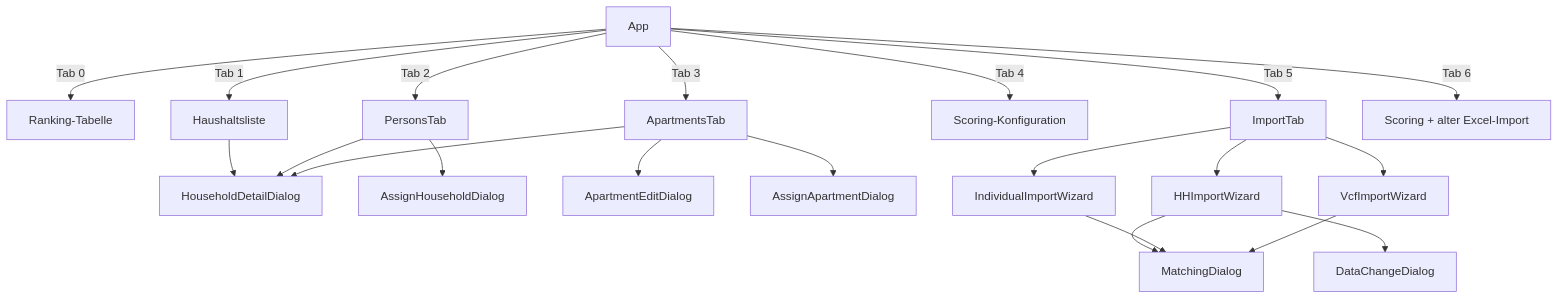
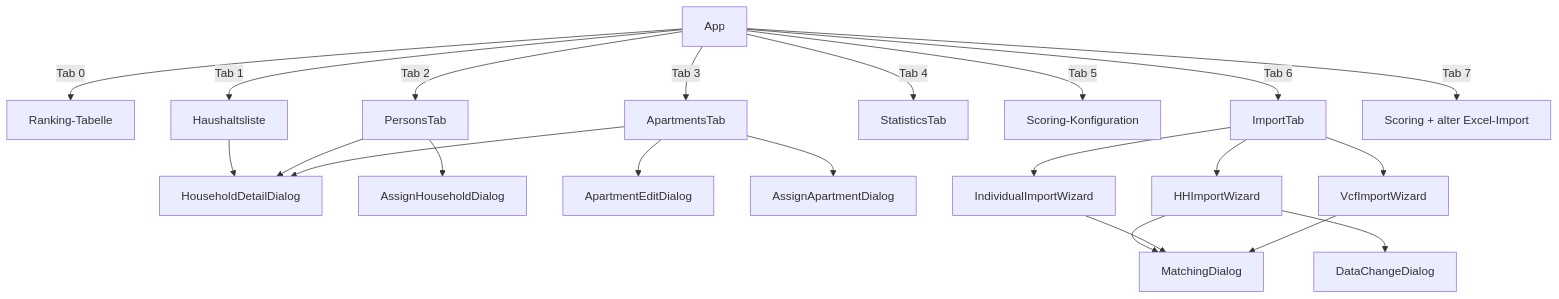
Before and after one commit to vitaliprenger/gw-household-scoring: the third of 3 diagrams in docs/inventar.md, drawn with Mermaid. The commit also changed other lines of this file and 22 other files, not shown here.

First line of the commit message:
feat: Enhance resident statistics and import functionality

````diff
--- a/docs/inventar.md
+++ b/docs/inventar.md
@@ -186,23 +192,24 @@
 ```mermaid
 flowchart TD
     App -->|Tab 0| Ranking[Ranking-Tabelle]
     App -->|Tab 1| Households[Haushaltsliste]
     Households --> Detail[HouseholdDetailDialog]
     App -->|Tab 2| Persons[PersonsTab]
     Persons --> AssignHH[AssignHouseholdDialog]
     Persons --> Detail
     App -->|Tab 3| Apartments[ApartmentsTab]
     Apartments --> EditApt[ApartmentEditDialog]
     Apartments --> AssignApt[AssignApartmentDialog]
     Apartments --> Detail
-    App -->|Tab 4| Config[Scoring-Konfiguration]
-    App -->|Tab 5| ImportTab
+    App -->|Tab 4| Statistics[StatisticsTab]
+    App -->|Tab 5| Config[Scoring-Konfiguration]
+    App -->|Tab 6| ImportTab
     ImportTab --> HH[HHImportWizard]
     ImportTab --> Individual[IndividualImportWizard]
     ImportTab --> VCF[VcfImportWizard]
     HH --> Matching[MatchingDialog]
     Individual --> Matching
     VCF --> Matching
     HH --> Changes[DataChangeDialog]
-    App -->|Tab 6| Actions[Scoring + alter Excel-Import]
+    App -->|Tab 7| Actions[Scoring + alter Excel-Import]
 ```
````
